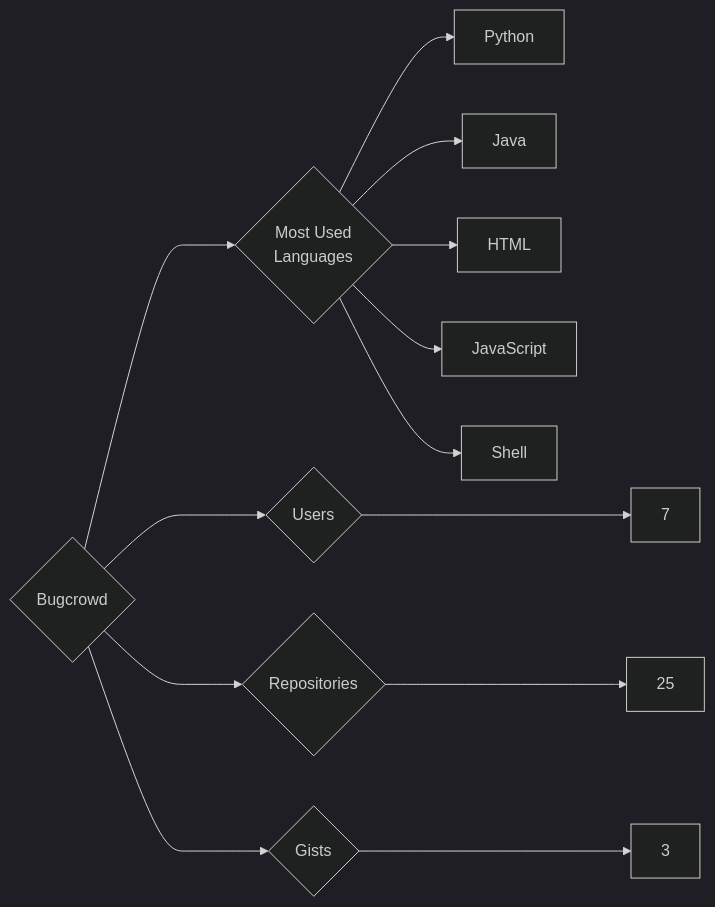
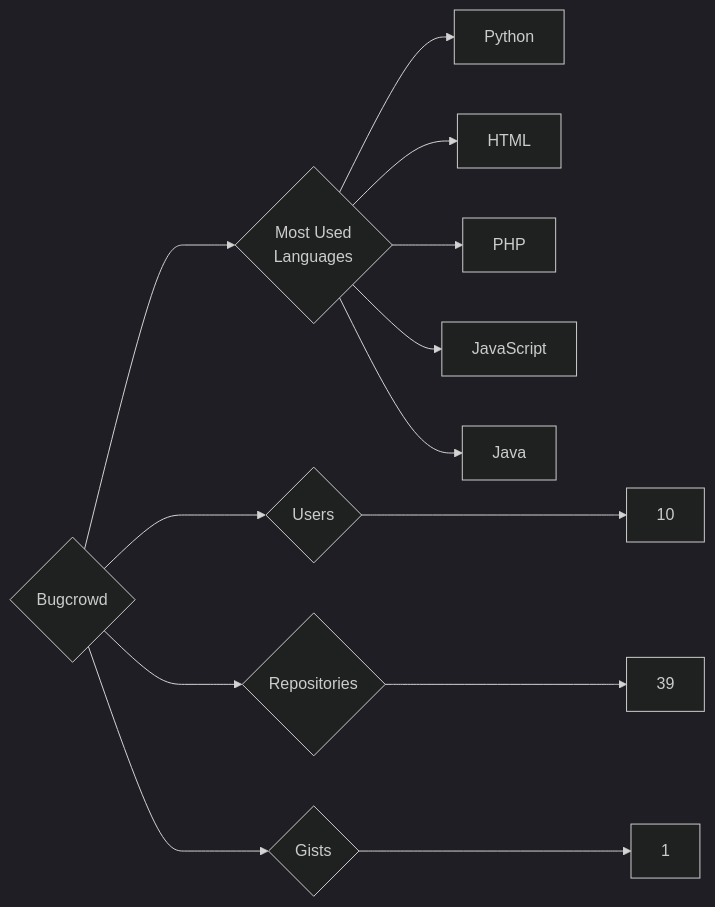
Before and after one commit to trickest/insiders: the diagram in targets/Bugcrowd/README.md, drawn with Mermaid (dark theme). The commit also changed 1023 other files, not shown here.

````diff
--- a/targets/Bugcrowd/README.md
+++ b/targets/Bugcrowd/README.md
@@ -3,13 +3,13 @@
 ```mermaid
 graph LR
 COMPANY_NAME{Bugcrowd}
-COMPANY_NAME ---> U{Users} ---> UN[7]
-COMPANY_NAME ---> R{Repositories} ---> RN[25]
-COMPANY_NAME ---> G{Gists} ---> GN[3]
+COMPANY_NAME ---> U{Users} ---> UN[10]
+COMPANY_NAME ---> R{Repositories} ---> RN[39]
+COMPANY_NAME ---> G{Gists} ---> GN[1]
 COMPANY_NAME ---> ML{Most Used<br>Languages}
 ML --> Python[Python]
+ML --> HTML[HTML]
+ML --> PHP[PHP]
+ML --> JavaScript[JavaScript]
 ML --> Java[Java]
-ML --> HTML[HTML]
-ML --> JavaScript[JavaScript]
-ML --> Shell[Shell]
 ```
````
